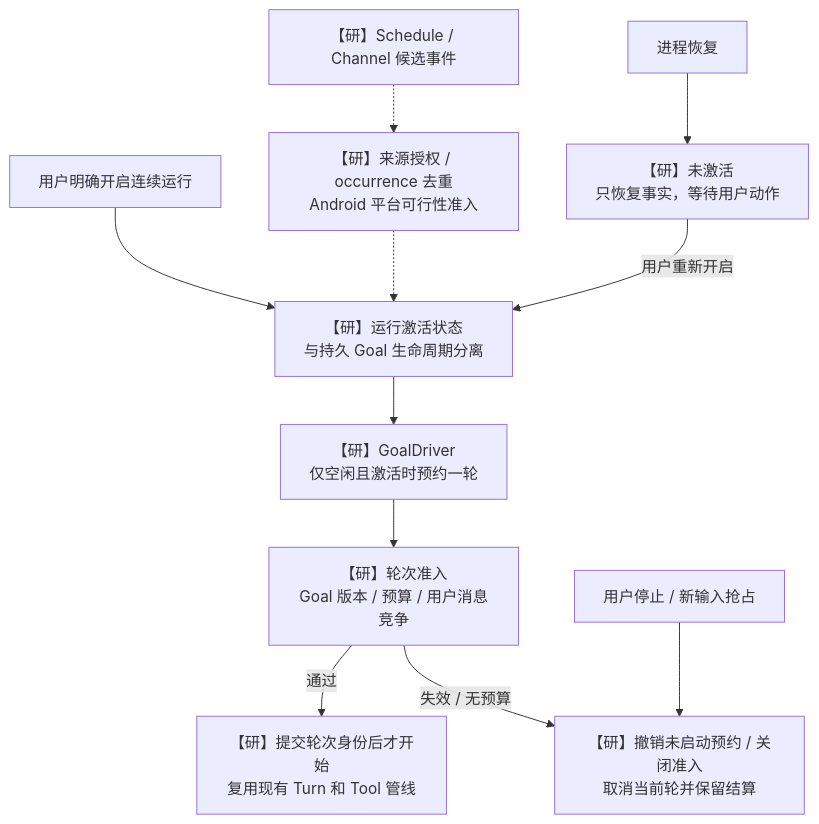
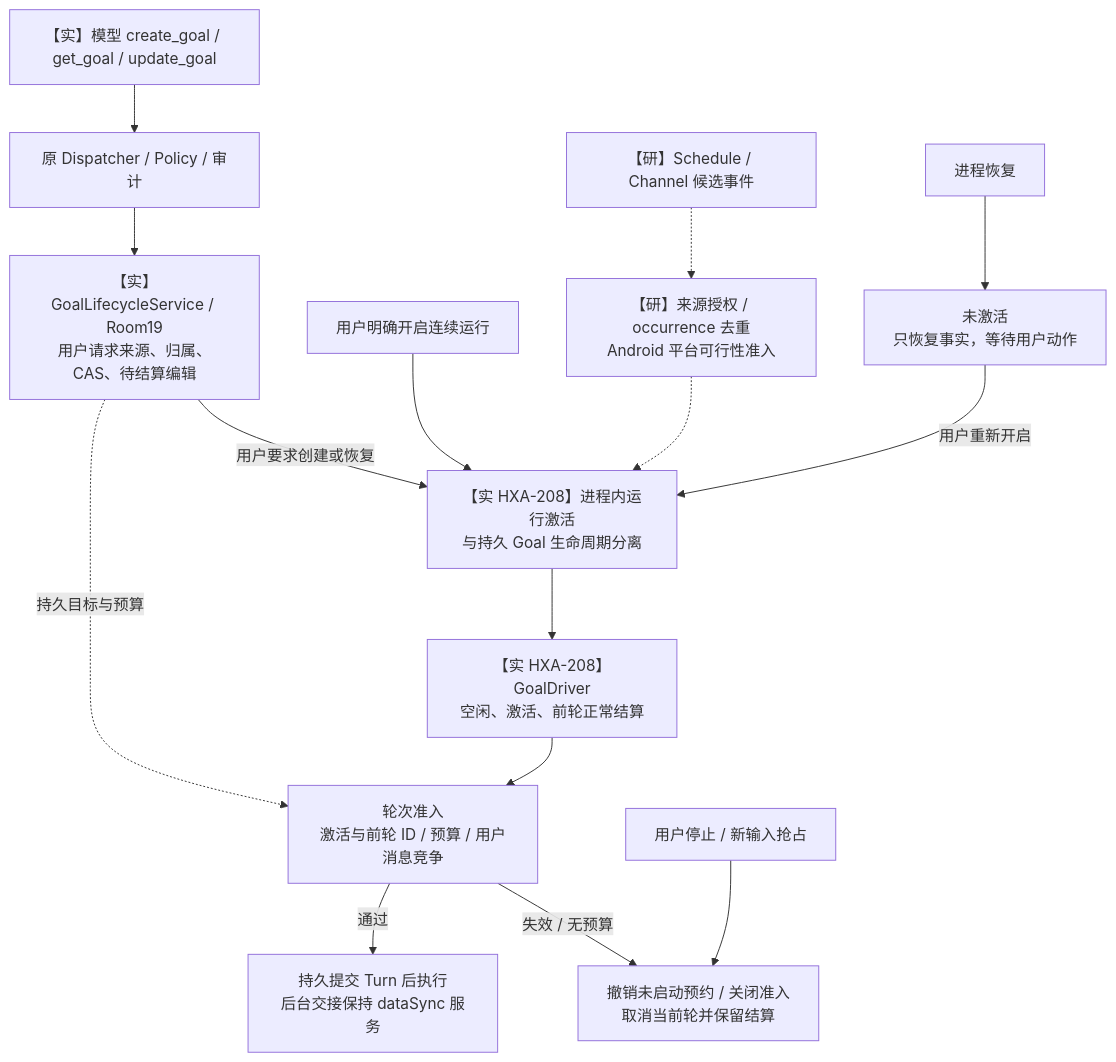
Diagram 13 of 15 in docs/research/helix-mermaid-architecture-diagrams.md (dollarser/helix-agent), drawn with Mermaid before and after one commit. The commit also changed other lines of this file and 69 other files, not shown here.

Commit message:
feat: complete Goal lifecycle and background continuation (HXA-208)

````diff
--- a/docs/research/helix-mermaid-architecture-diagrams.md
+++ b/docs/research/helix-mermaid-architecture-diagrams.md
@@ -447,23 +447,29 @@
 ```mermaid
 flowchart TB
     USER["用户明确开启连续运行"]
-    ACTIVE["【研】运行激活状态<br/>与持久 Goal 生命周期分离"]
-    DRIVER["【研】GoalDriver<br/>仅空闲且激活时预约一轮"]
+    ACTIVE["【实 HXA-208】进程内运行激活<br/>与持久 Goal 生命周期分离"]
+    DRIVER["【实 HXA-208】GoalDriver<br/>空闲、激活、前轮正常结算"]
     SOURCE["【研】Schedule / Channel 候选事件"]
     SOURCEGATE["【研】来源授权 / occurrence 去重<br/>Android 平台可行性准入"]
-    ADMISSION["【研】轮次准入<br/>Goal 版本 / 预算 / 用户消息竞争"]
-    COMMIT["【研】提交轮次身份后才开始<br/>复用现有 Turn 和 Tool 管线"]
+    ADMISSION["轮次准入<br/>激活与前轮 ID / 预算 / 用户消息竞争"]
+    COMMIT["持久提交 Turn 后执行<br/>后台交接保持 dataSync 服务"]
     STOP["用户停止 / 新输入抢占"]
-    DISARM["【研】撤销未启动预约 / 关闭准入<br/>取消当前轮并保留结算"]
+    DISARM["撤销未启动预约 / 关闭准入<br/>取消当前轮并保留结算"]
     RESTORE["进程恢复"]
-    OFF["【研】未激活<br/>只恢复事实，等待用户动作"]
+    OFF["未激活<br/>只恢复事实，等待用户动作"]
+    MODEL["【实】模型 create_goal / get_goal / update_goal"]
+    DISPATCH["原 Dispatcher / Policy / 审计"]
+    META["【实】GoalLifecycleService / Room19<br/>用户请求来源、归属、CAS、待结算编辑"]
+    MODEL --> DISPATCH --> META
+    META -->|"用户要求创建或恢复"| ACTIVE
+    META -.->|"持久目标与预算"| ADMISSION
     USER --> ACTIVE --> DRIVER
     SOURCE -.-> SOURCEGATE
     SOURCEGATE -.-> ACTIVE
     DRIVER --> ADMISSION
     ADMISSION -->|"通过"| COMMIT
     ADMISSION -->|"失效 / 无预算"| DISARM
     STOP --> DISARM
     RESTORE --> OFF
     OFF -->|"用户重新开启"| ACTIVE
 ```
````
